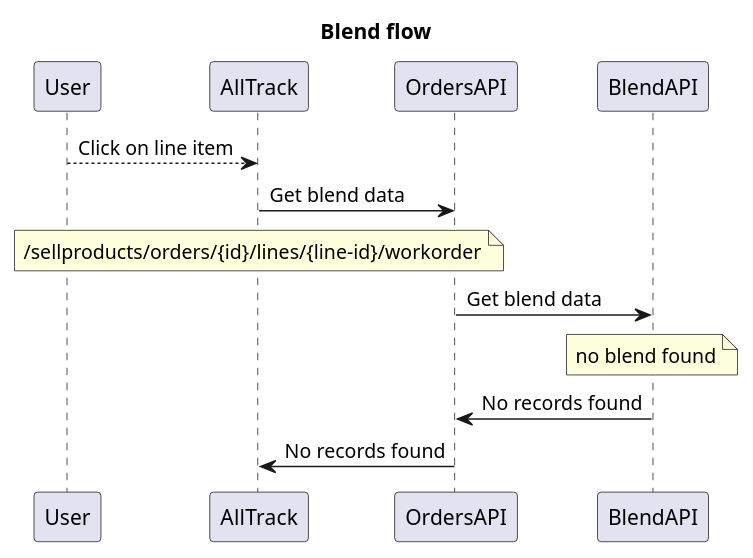
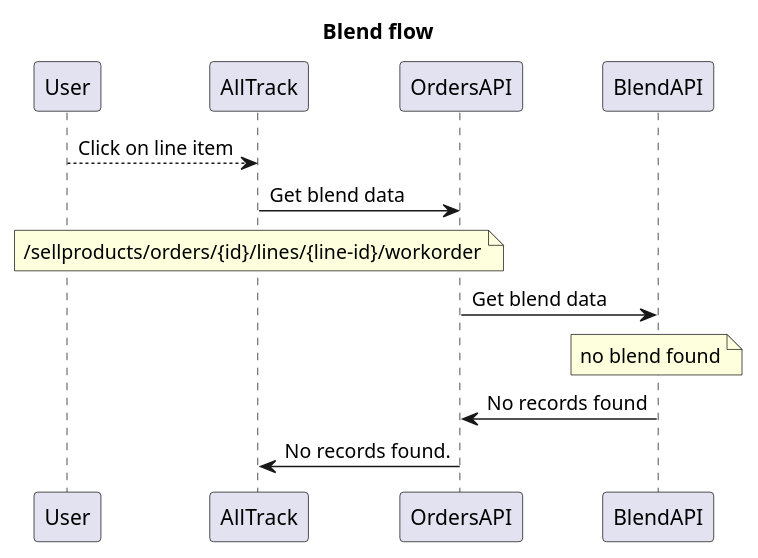
One commit to das01d/simple-app changed the diagram in docs/myarch.puml. Above: the diagram before and after it, drawn with PlantUML.

Commit message:
adding sample plant uml file

```diff
--- a/docs/myarch.puml
+++ b/docs/myarch.puml
@@ -1,10 +1,10 @@
 title Blend flow
 
 User --> AllTrack: Click on line item
 
 AllTrack -> OrdersAPI: Get blend data 
 note over AllTrack: /sellproducts/orders/{id}/lines/{line-id}/workorder
 OrdersAPI -> BlendAPI: Get blend data
 note over BlendAPI: no blend found
 BlendAPI -> OrdersAPI: No records found
-OrdersAPI -> AllTrack: No records found
+OrdersAPI -> AllTrack: No records found.
```
